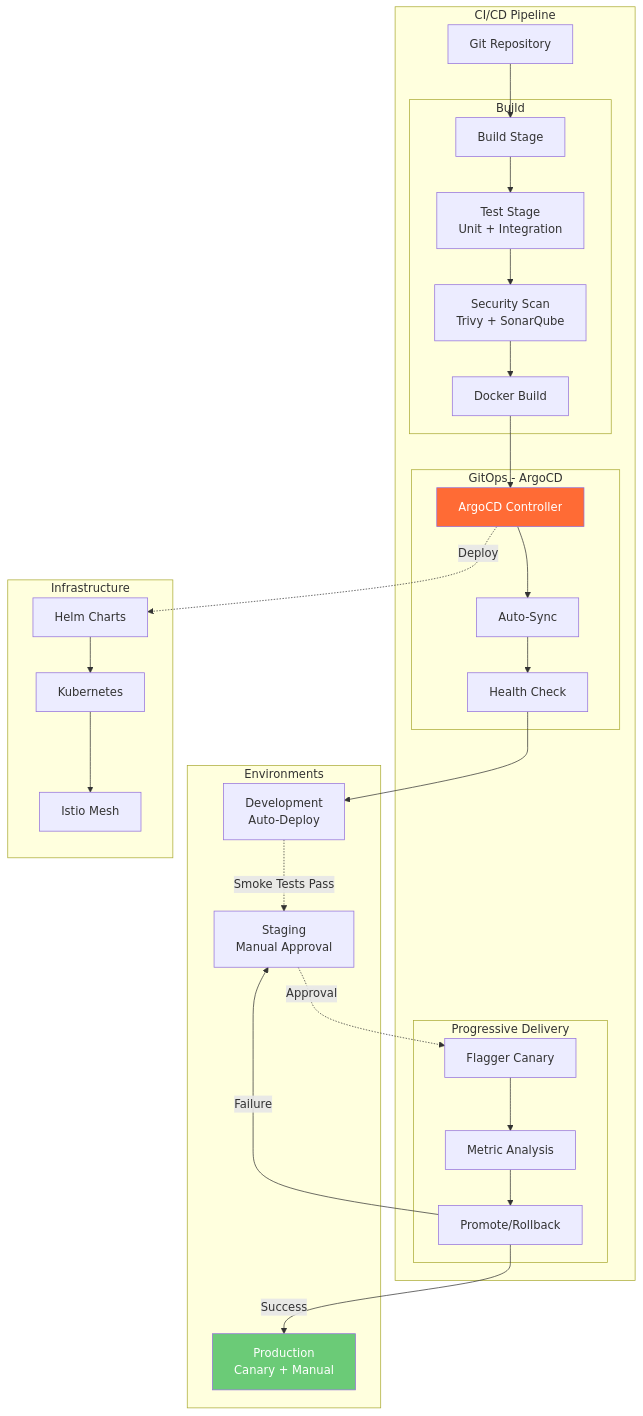
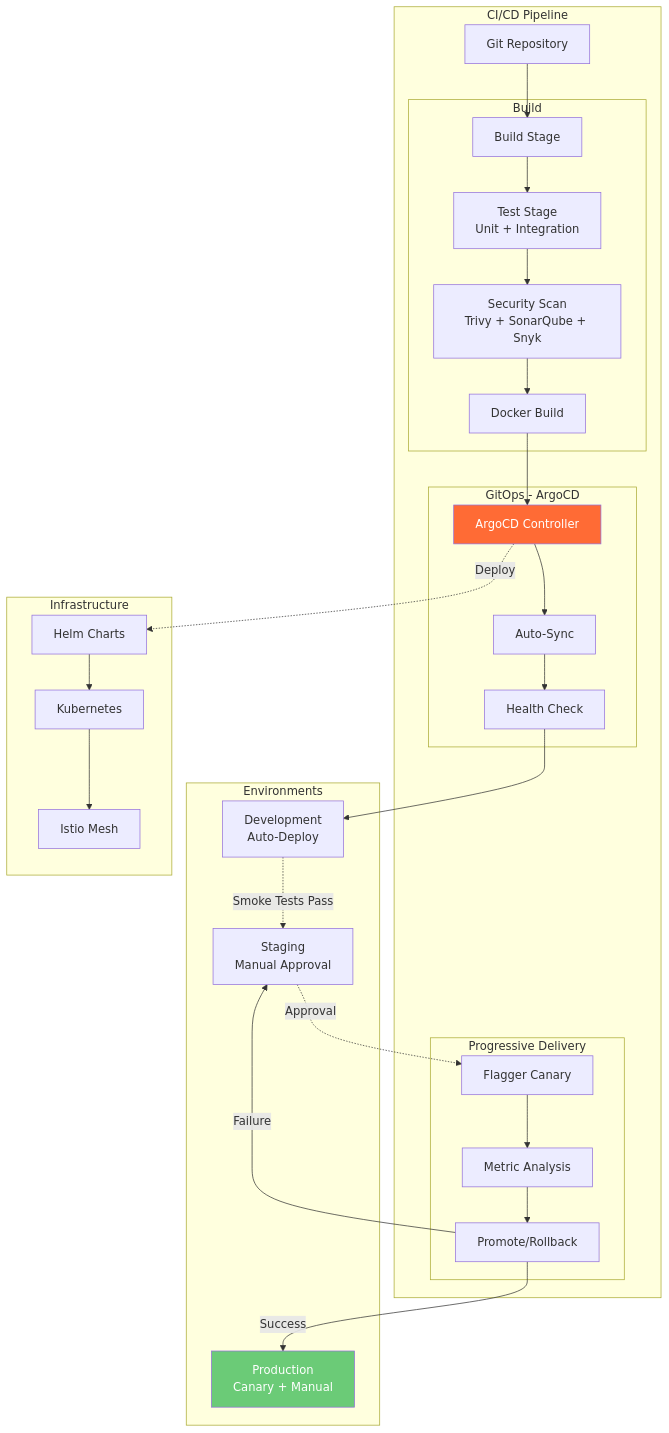
Before and after one commit to Derek-miranda/DocuThinker-AI: diagram 31 of 31 in ARCHITECTURE.md, drawn with Mermaid. The commit also changed other lines of this file and 16 other files, not shown here.

````diff
--- a/ARCHITECTURE.md
+++ b/ARCHITECTURE.md
@@ -2476,62 +2503,62 @@
 ```mermaid
 graph TB
     subgraph "CI/CD Pipeline"
         GIT[Git Repository]
 
         subgraph "Build"
             BUILD[Build Stage]
             TEST[Test Stage<br/>Unit + Integration]
-            SECURITY[Security Scan<br/>Trivy + SonarQube]
+            SECURITY[Security Scan<br/>Trivy + SonarQube + Snyk]
             PACKAGE[Docker Build]
         end
 
         subgraph "GitOps - ArgoCD"
             ARGO[ArgoCD Controller]
             SYNC[Auto-Sync]
             HEALTH[Health Check]
         end
 
         subgraph "Progressive Delivery"
             CANARY[Flagger Canary]
             ANALYSIS[Metric Analysis]
             DECISION[Promote/Rollback]
         end
     end
 
     subgraph "Environments"
         DEV[Development<br/>Auto-Deploy]
         STAGING[Staging<br/>Manual Approval]
         PROD[Production<br/>Canary + Manual]
     end
 
     subgraph "Infrastructure"
         HELM[Helm Charts]
         K8S[Kubernetes]
         ISTIO[Istio Mesh]
     end
 
     GIT --> BUILD
     BUILD --> TEST
     TEST --> SECURITY
     SECURITY --> PACKAGE
 
     PACKAGE --> ARGO
     ARGO --> SYNC
     SYNC --> HEALTH
 
     HEALTH --> DEV
     DEV -.->|Smoke Tests Pass| STAGING
     STAGING -.->|Approval| CANARY
 
     CANARY --> ANALYSIS
     ANALYSIS --> DECISION
     DECISION -->|Success| PROD
     DECISION -->|Failure| STAGING
 
     HELM --> K8S
     K8S --> ISTIO
     ARGO -.->|Deploy| HELM
 
     style ARGO fill:#FF6B35,color:#fff
     style PROD fill:#6BCB77,color:#fff
 ```
````
